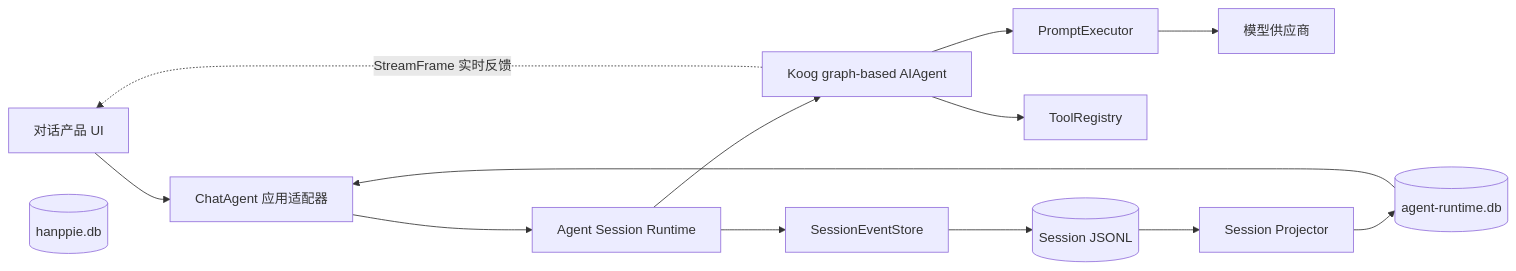
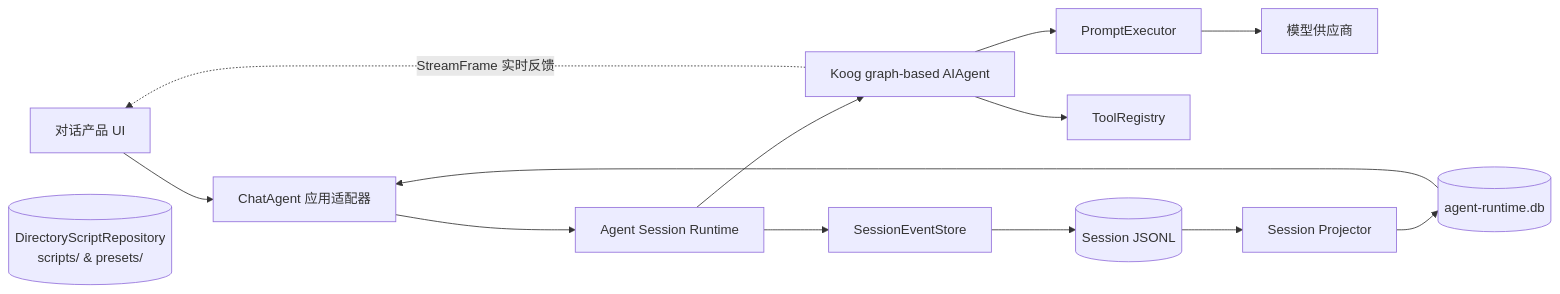
The first of 6 diagrams in docs/agent-runtime-plan.md (elonzh/hanppie), drawn with Mermaid before and after one commit. The commit also changed other lines of this file and 1 other file, not shown here.

````diff
--- a/docs/agent-runtime-plan.md
+++ b/docs/agent-runtime-plan.md
@@ -41,16 +42,16 @@
 ```mermaid
 flowchart LR
     UI[对话产品 UI] --> ADAPTER[ChatAgent 应用适配器]
     ADAPTER --> RUNTIME[Agent Session Runtime]
     RUNTIME --> KOOG[Koog graph-based AIAgent]
     KOOG --> EXECUTOR[PromptExecutor]
     KOOG --> TOOLS[ToolRegistry]
     EXECUTOR --> PROVIDER[模型供应商]
     KOOG -. StreamFrame 实时反馈 .-> UI
     RUNTIME --> EVENTS[SessionEventStore]
     EVENTS --> JSONL[(Session JSONL)]
     JSONL --> PROJECTOR[Session Projector]
     PROJECTOR --> RUNTIMEDB[(agent-runtime.db)]
     RUNTIMEDB --> ADAPTER
-    APPDB[(hanppie.db)]
+    SCRIPTS[(DirectoryScriptRepository<br/>scripts/ & presets/)]
 ```
````
